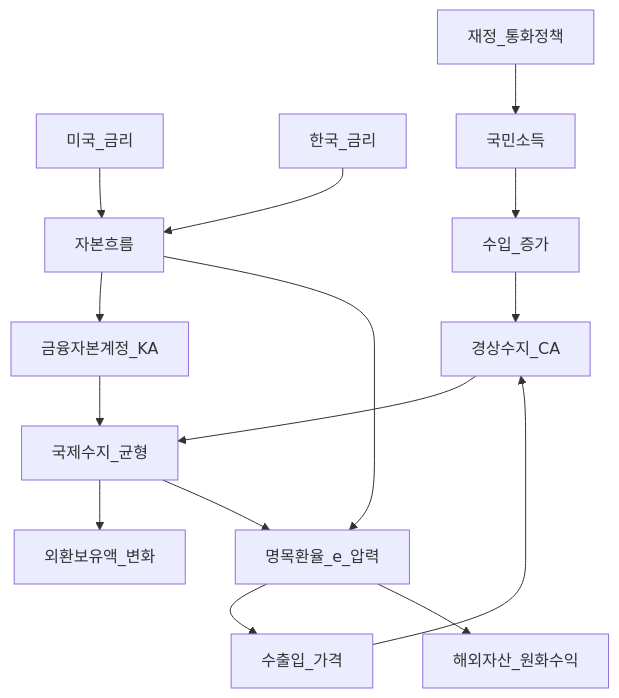
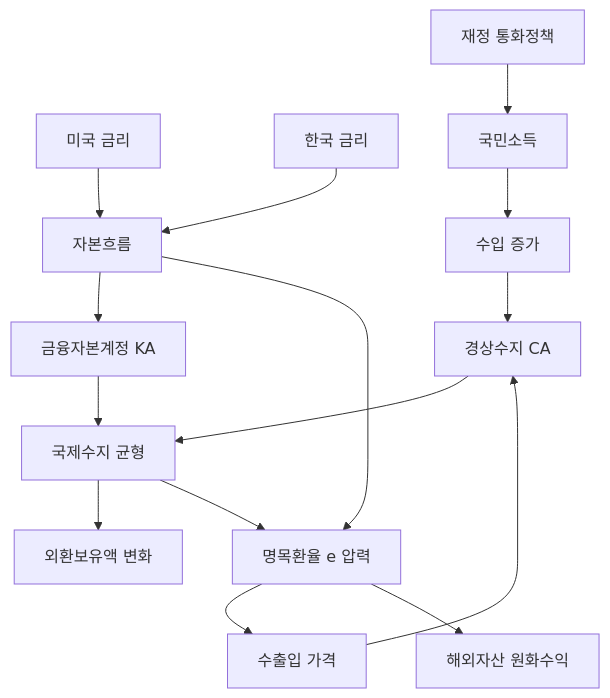
One commit to goldanghenry/Finances changed the first of 3 diagrams in 02-economics/macro-05-open-economy-fx.md. Above: the diagram before and after it, drawn with Mermaid. The commit also changed other lines of this file and 211 other files, not shown here.

````diff
--- a/02-economics/macro-05-open-economy-fx.md
+++ b/02-economics/macro-05-open-economy-fx.md
@@ -133,17 +143,17 @@
 ```mermaid
 flowchart TD
-  CA[경상수지_CA] --> BOP[국제수지_균형]
-  KA[금융자본계정_KA] --> BOP
-  BOP --> Res[외환보유액_변화]
-  BOP --> E[명목환율_e_압력]
-  USr[미국_금리] --> CF[자본흐름]
-  KOr[한국_금리] --> CF
+  CA["경상수지 CA"] --> BOP["국제수지 균형"]
+  KA["금융자본계정 KA"] --> BOP
+  BOP --> Res["외환보유액 변화"]
+  BOP --> E["명목환율 e 압력"]
+  USr["미국 금리"] --> CF[자본흐름]
+  KOr["한국 금리"] --> CF
   CF --> KA
   CF --> E
-  E --> Trade[수출입_가격]
-  E --> FXret[해외자산_원화수익]
+  E --> Trade["수출입 가격"]
+  E --> FXret["해외자산 원화수익"]
   Trade --> CA
-  Pol[재정_통화정책] --> Y[국민소득]
-  Y --> Import[수입_증가]
+  Pol["재정 통화정책"] --> Y[국민소득]
+  Y --> Import["수입 증가"]
   Import --> CA
 ```
````
